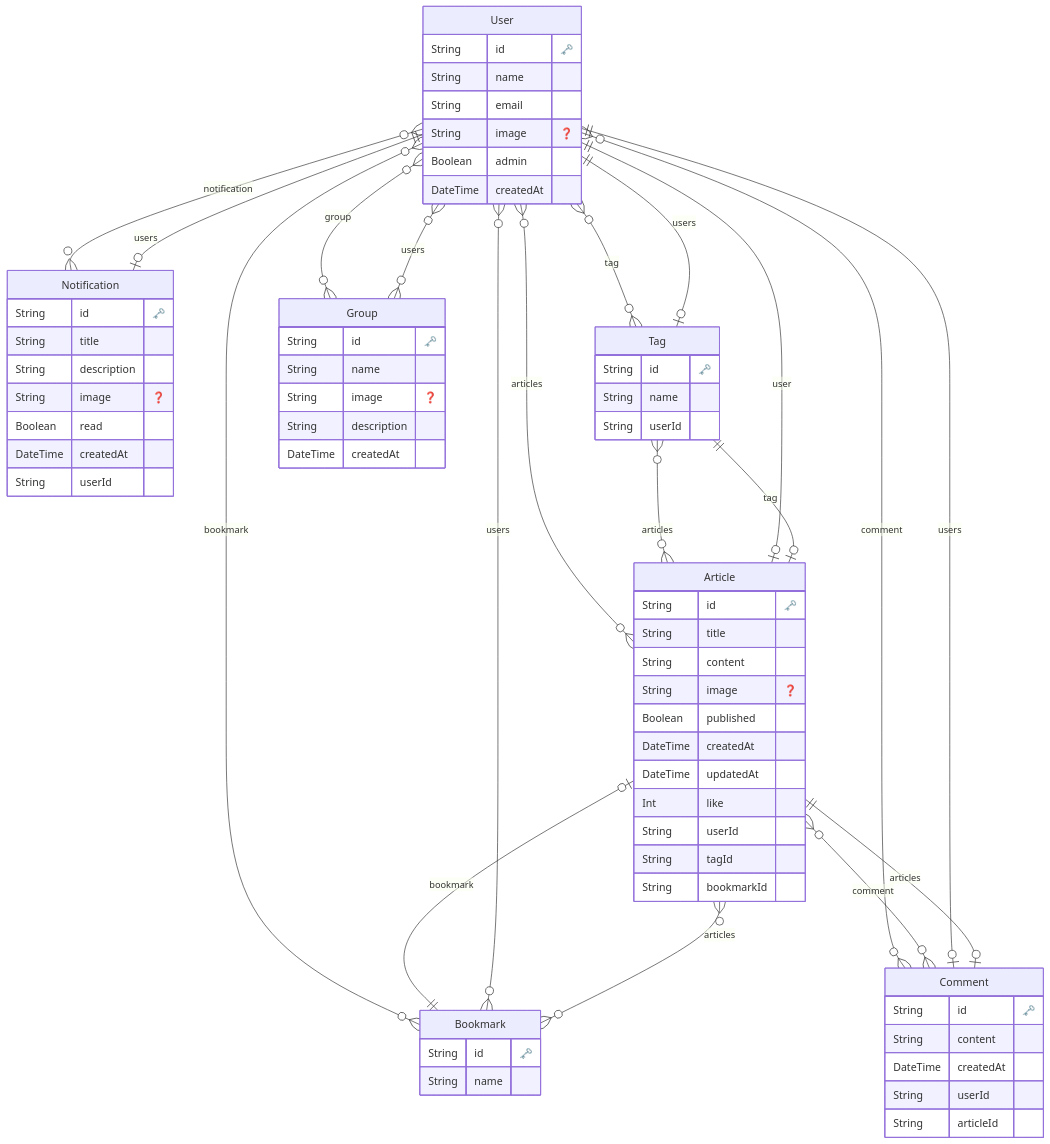
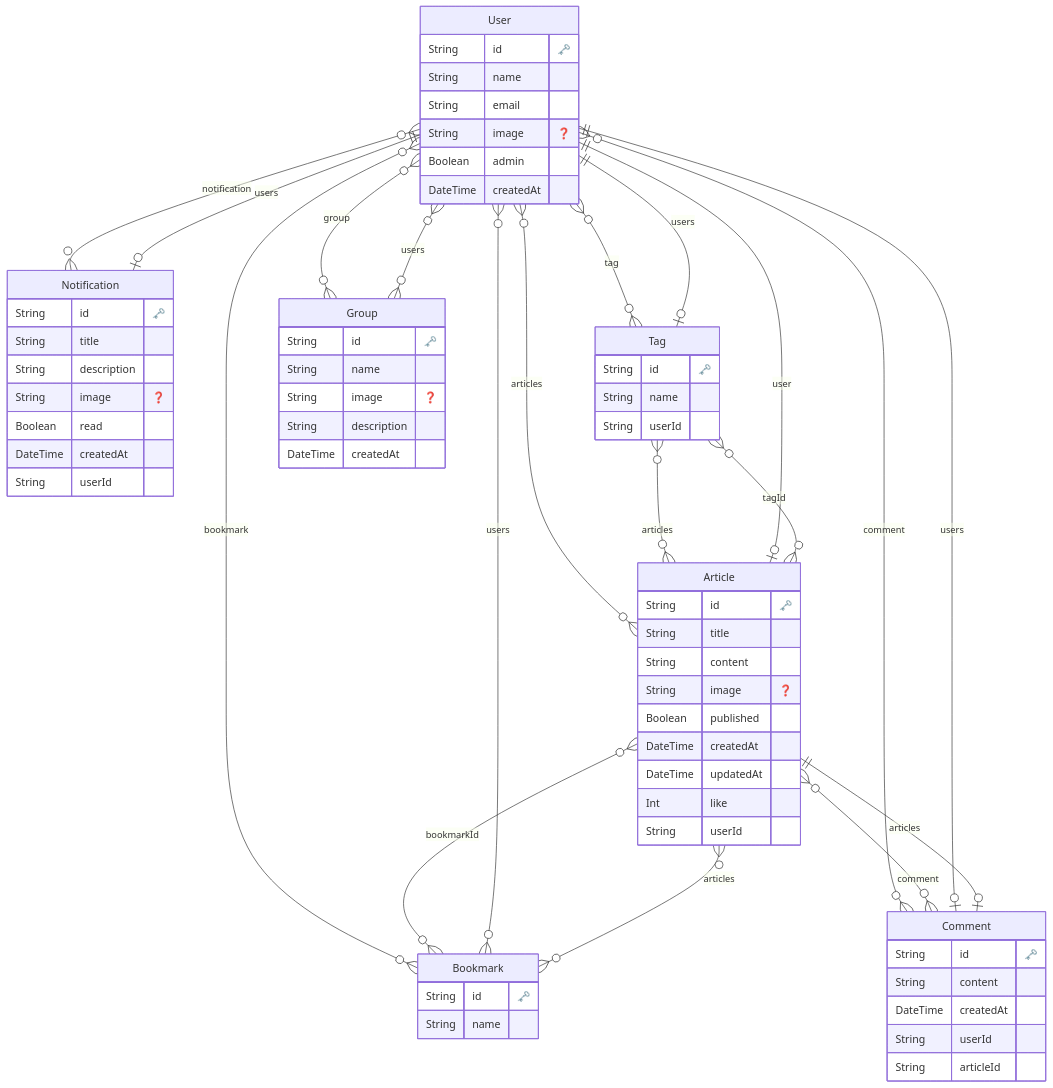
One commit to Itsuki54/kizino_niwa changed the diagram in prisma/ERD.md. Above: the diagram before and after it, drawn with Mermaid. The commit also changed 16 other files, not shown here.

```diff
--- a/prisma/ERD.md
+++ b/prisma/ERD.md
@@ -21,8 +21,6 @@
     DateTime updatedAt
     Int like
     String userId
-    String tagId
-    String bookmarkId
     }
 
 
@@ -74,8 +72,8 @@
     "User" o{--}o "Notification" : "notification"
     "User" o{--}o "Comment" : "comment"
     "Article" o|--|| "User" : "user"
-    "Article" o|--|| "Tag" : "tag"
-    "Article" o|--|| "Bookmark" : "bookmark"
+    "Article" o{--}o "Tag" : "tagId"
+    "Article" o{--}o "Bookmark" : "bookmarkId"
     "Article" o{--}o "Comment" : "comment"
     "Notification" o|--|| "User" : "users"
     "Tag" o|--|| "User" : "users"
```
